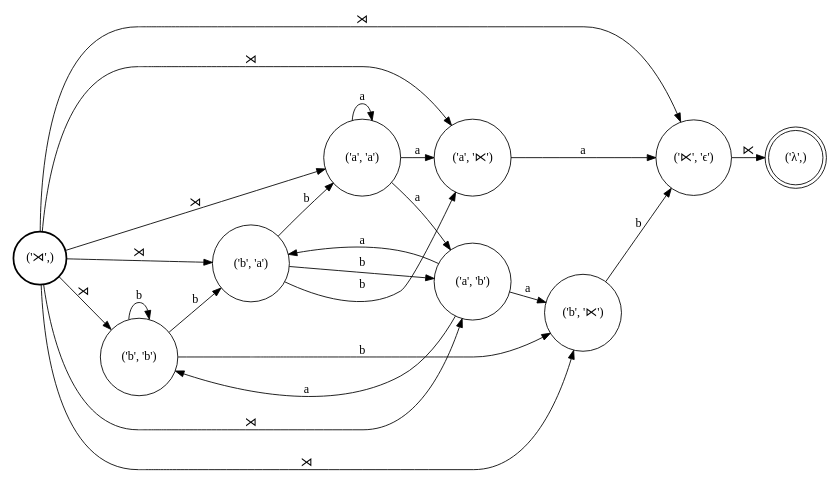
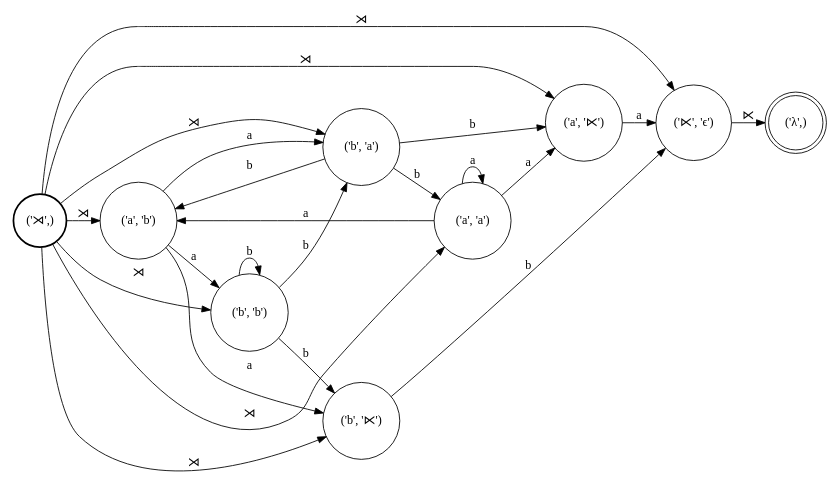
One commit to colincwilson/wynini changed the diagram in demo/R.dot. Above: the diagram before and after it, drawn with Graphviz. The commit also changed 7 other files, not shown here.

```diff
--- a/demo/R.dot
+++ b/demo/R.dot
@@ -1,39 +1,39 @@
 digraph FST {
 rankdir = LR;
 size = "8.5,11";
 center = 1;
 orientation = Portrait;
 ranksep = "0.4";
 nodesep = "0.25";
 8 [label = "('⋊',)", shape = circle, style = bold, fontsize = 14]
-	8 -> 4 [label = "⋊", fontsize = 14];
+	8 -> 2 [label = "⋊", fontsize = 14];
+	8 -> 6 [label = "⋊", fontsize = 14];
 	8 -> 5 [label = "⋊", fontsize = 14];
-	8 -> 7 [label = "⋊", fontsize = 14];
 	8 -> 1 [label = "⋊", fontsize = 14];
 	8 -> 3 [label = "⋊", fontsize = 14];
-	8 -> 6 [label = "⋊", fontsize = 14];
-	8 -> 2 [label = "⋊", fontsize = 14];
+	8 -> 7 [label = "⋊", fontsize = 14];
+	8 -> 4 [label = "⋊", fontsize = 14];
 0 [label = "('λ',)", shape = doublecircle, style = solid, fontsize = 14]
 1 [label = "('⋉', 'ϵ')", shape = circle, style = solid, fontsize = 14]
 	1 -> 0 [label = "⋉", fontsize = 14];
-2 [label = "('b', '⋉')", shape = circle, style = solid, fontsize = 14]
-	2 -> 1 [label = "b", fontsize = 14];
-3 [label = "('a', '⋉')", shape = circle, style = solid, fontsize = 14]
-	3 -> 1 [label = "a", fontsize = 14];
-4 [label = "('b', 'b')", shape = circle, style = solid, fontsize = 14]
-	4 -> 2 [label = "b", fontsize = 14];
-	4 -> 6 [label = "b", fontsize = 14];
-	4 -> 4 [label = "b", fontsize = 14];
-5 [label = "('a', 'b')", shape = circle, style = solid, fontsize = 14]
-	5 -> 2 [label = "a", fontsize = 14];
-	5 -> 6 [label = "a", fontsize = 14];
-	5 -> 4 [label = "a", fontsize = 14];
-6 [label = "('b', 'a')", shape = circle, style = solid, fontsize = 14]
-	6 -> 3 [label = "b", fontsize = 14];
-	6 -> 5 [label = "b", fontsize = 14];
-	6 -> 7 [label = "b", fontsize = 14];
-7 [label = "('a', 'a')", shape = circle, style = solid, fontsize = 14]
-	7 -> 3 [label = "a", fontsize = 14];
-	7 -> 5 [label = "a", fontsize = 14];
-	7 -> 7 [label = "a", fontsize = 14];
+2 [label = "('a', '⋉')", shape = circle, style = solid, fontsize = 14]
+	2 -> 1 [label = "a", fontsize = 14];
+3 [label = "('b', '⋉')", shape = circle, style = solid, fontsize = 14]
+	3 -> 1 [label = "b", fontsize = 14];
+4 [label = "('a', 'a')", shape = circle, style = solid, fontsize = 14]
+	4 -> 2 [label = "a", fontsize = 14];
+	4 -> 6 [label = "a", fontsize = 14];
+	4 -> 4 [label = "a", fontsize = 14];
+5 [label = "('b', 'a')", shape = circle, style = solid, fontsize = 14]
+	5 -> 2 [label = "b", fontsize = 14];
+	5 -> 6 [label = "b", fontsize = 14];
+	5 -> 4 [label = "b", fontsize = 14];
+6 [label = "('a', 'b')", shape = circle, style = solid, fontsize = 14]
+	6 -> 3 [label = "a", fontsize = 14];
+	6 -> 7 [label = "a", fontsize = 14];
+	6 -> 5 [label = "a", fontsize = 14];
+7 [label = "('b', 'b')", shape = circle, style = solid, fontsize = 14]
+	7 -> 3 [label = "b", fontsize = 14];
+	7 -> 7 [label = "b", fontsize = 14];
+	7 -> 5 [label = "b", fontsize = 14];
 }
```
